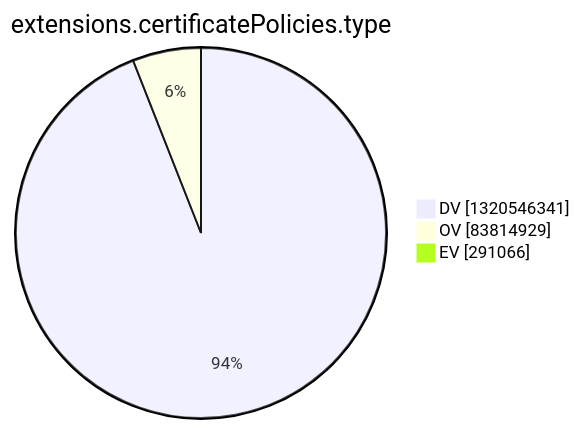
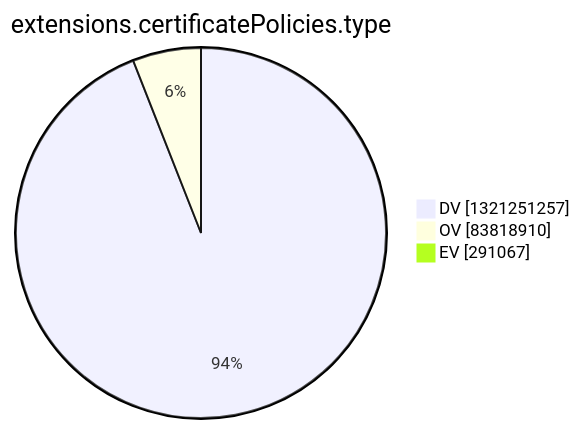
The tenth of 15 diagrams in argon2022/README.md (christiankrug/ctmonitor_visualization), drawn with Mermaid before and after one commit. The commit also changed other lines of this file, not shown here.

````diff
--- a/argon2022/README.md
+++ b/argon2022/README.md
@@ -2772,7 +2772,7 @@
 ```mermaid
 pie showData
 title extensions.certificatePolicies.type
-"DV" :1320546341
-"OV" :83814929
-"EV" :291066
+"DV" :1321251257
+"OV" :83818910
+"EV" :291067
 ```
````
